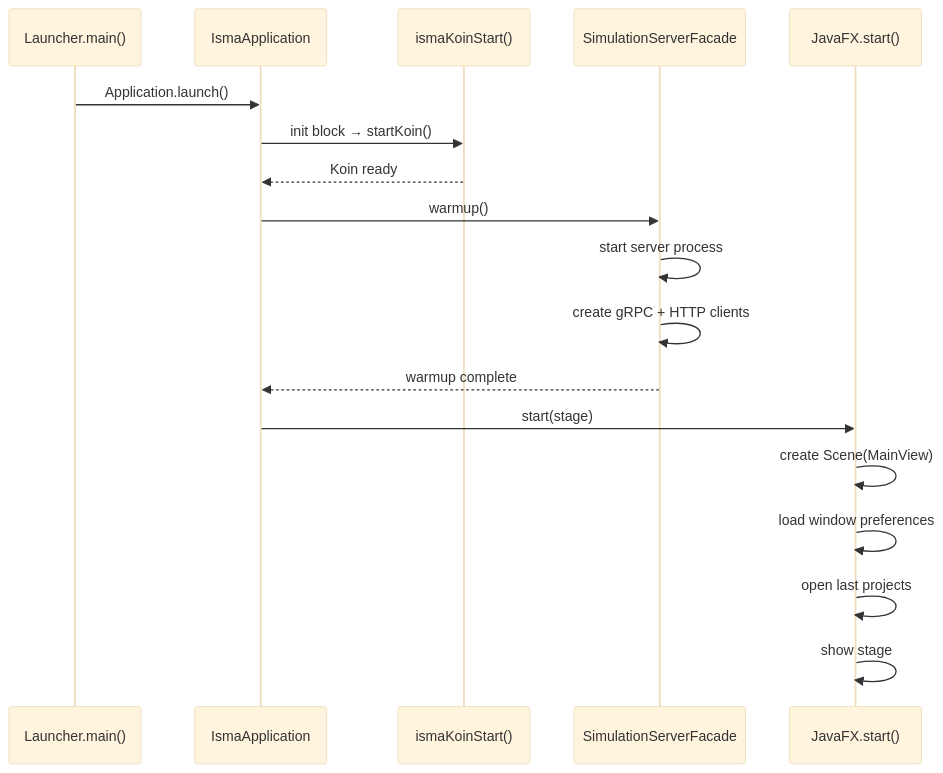
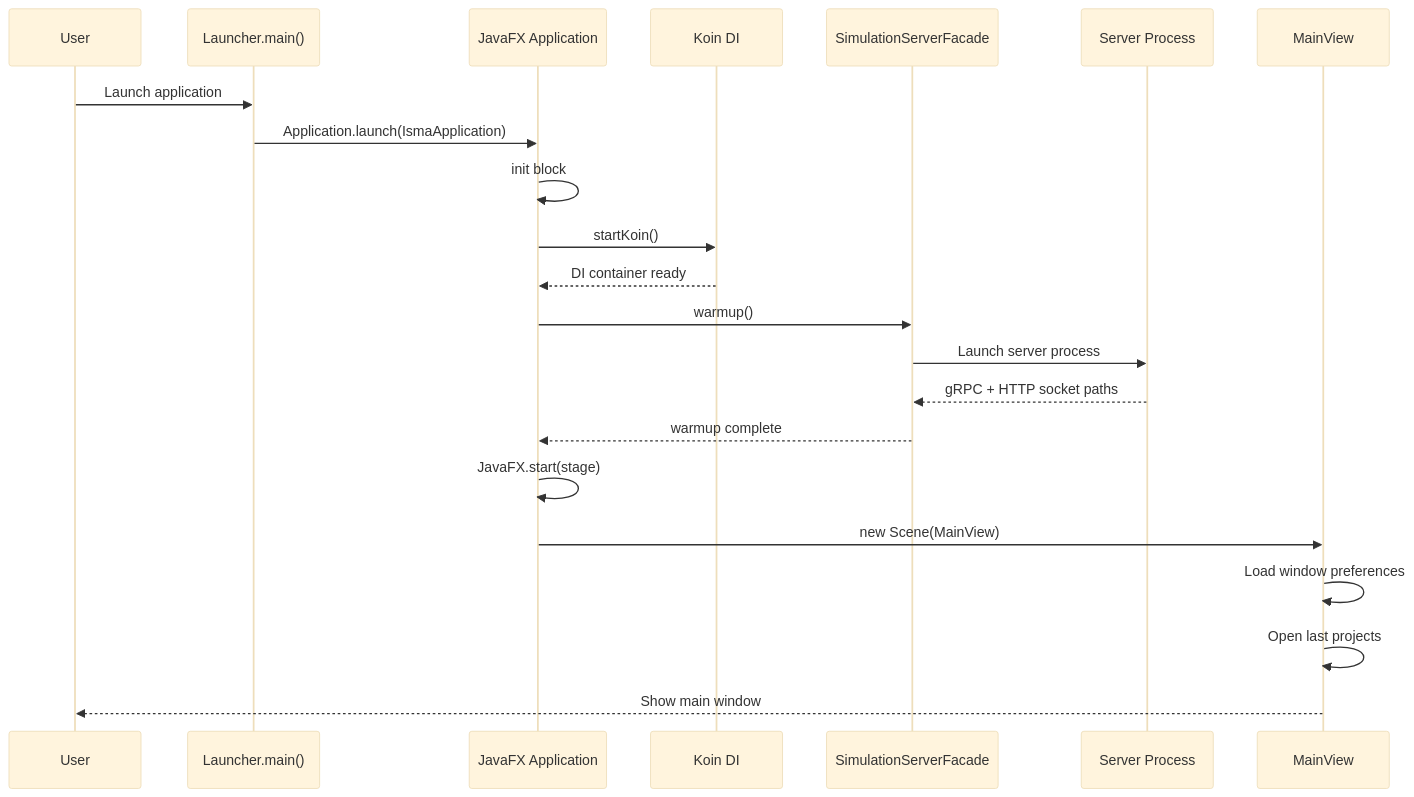
Before and after one commit to SmallBossGames/isma: the diagram in docs/isma-ui/01-architecture.md, drawn with Mermaid (base theme). The commit also changed other lines of this file and 26 other files, not shown here.

````diff
--- a/docs/isma-ui/01-architecture.md
+++ b/docs/isma-ui/01-architecture.md
@@ -85,21 +42,25 @@
 ```mermaid
 sequenceDiagram
-    participant Main as Launcher.main()
-    participant App as IsmaApplication
-    participant Koin as ismaKoinStart()
-    participant Server as SimulationServerFacade
-    participant JavaFX as JavaFX.start()
+    participant U as User
+    participant L as Launcher.main()
+    participant JFX as JavaFX Application
+    participant K as Koin DI
+    participant S as SimulationServerFacade
+    participant JVM as Server Process
+    participant M as MainView
 
-    Main->>App: Application.launch()
-    App->>Koin: init block → startKoin()
-    Koin-->>App: Koin ready
-    App->>Server: warmup()
-    Server->>Server: start server process
-    Server->>Server: create gRPC + HTTP clients
-    Server-->>App: warmup complete
-    App->>JavaFX: start(stage)
-    JavaFX->>JavaFX: create Scene(MainView)
-    JavaFX->>JavaFX: load window preferences
-    JavaFX->>JavaFX: open last projects
-    JavaFX->>JavaFX: show stage
+    U->>L: Launch application
+    L->>JFX: Application.launch(IsmaApplication)
+    JFX->>JFX: init block
+    JFX->>K: startKoin()
+    K-->>JFX: DI container ready
+    JFX->>S: warmup()
+    S->>JVM: Launch server process
+    JVM-->>S: gRPC + HTTP socket paths
+    S-->>JFX: warmup complete
+    JFX->>JFX: JavaFX.start(stage)
+    JFX->>M: new Scene(MainView)
+    M->>M: Load window preferences
+    M->>M: Open last projects
+    M-->>U: Show main window
 ```
````
